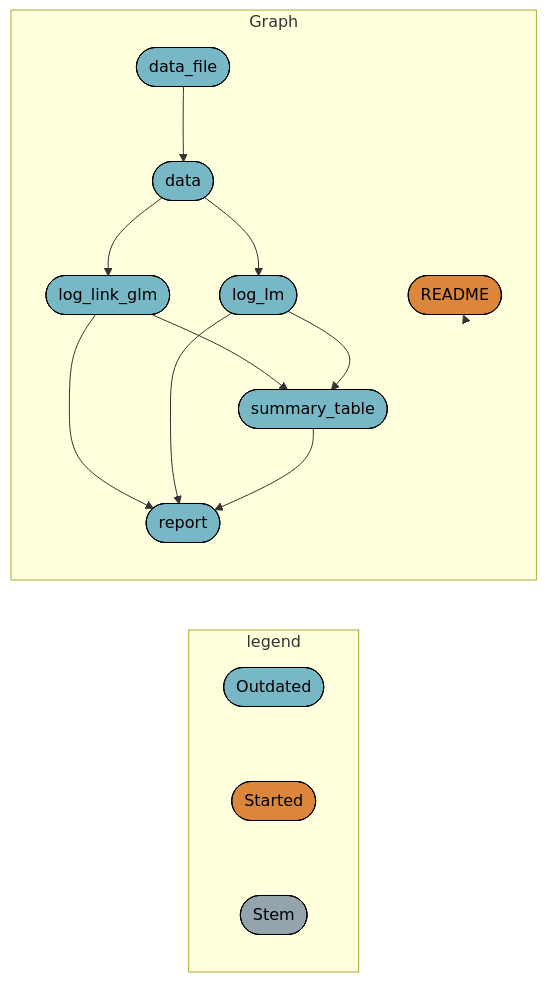
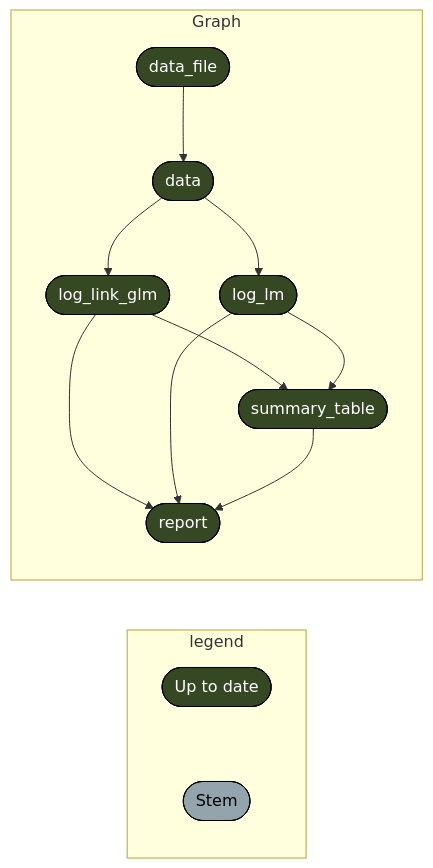
The diagram in README.md (cct-datascience/targets-demo), drawn with Mermaid before and after one commit.

Commit message:
render readme

````diff
--- a/README.md
+++ b/README.md
@@ -24,24 +24,19 @@
 ``` mermaid
 graph LR
   subgraph legend
-    x0a52b03877696646([""Outdated""]):::outdated --- x5b3426b4c7fa7dbc([""Started""]):::started
-    x5b3426b4c7fa7dbc([""Started""]):::started --- xbf4603d6c2c2ad6b([""Stem""]):::none
+    x7420bd9270f8d27d([""Up to date""]):::uptodate --- xbf4603d6c2c2ad6b([""Stem""]):::none
   end
   subgraph Graph
-    x5c3cf6a62d99a036(["log_link_glm"]):::outdated --> x1aa14e4024bffa08(["summary_table"]):::outdated
-    x5f659d069b8ddeae(["log_lm"]):::outdated --> x1aa14e4024bffa08(["summary_table"]):::outdated
-    xb7119b48552d1da3(["data"]):::outdated --> x5c3cf6a62d99a036(["log_link_glm"]):::outdated
-    xb7119b48552d1da3(["data"]):::outdated --> x5f659d069b8ddeae(["log_lm"]):::outdated
-    x5c3cf6a62d99a036(["log_link_glm"]):::outdated --> xe0fba61fbc506510(["report"]):::outdated
-    x5f659d069b8ddeae(["log_lm"]):::outdated --> xe0fba61fbc506510(["report"]):::outdated
-    x1aa14e4024bffa08(["summary_table"]):::outdated --> xe0fba61fbc506510(["report"]):::outdated
-    x9902c3bf9eac92fd(["data_file"]):::outdated --> xb7119b48552d1da3(["data"]):::outdated
-    x793b57f9be3e25d5(["README"]):::started --> x793b57f9be3e25d5(["README"]):::started
+    x5c3cf6a62d99a036(["log_link_glm"]):::uptodate --> x1aa14e4024bffa08(["summary_table"]):::uptodate
+    x5f659d069b8ddeae(["log_lm"]):::uptodate --> x1aa14e4024bffa08(["summary_table"]):::uptodate
+    xb7119b48552d1da3(["data"]):::uptodate --> x5c3cf6a62d99a036(["log_link_glm"]):::uptodate
+    xb7119b48552d1da3(["data"]):::uptodate --> x5f659d069b8ddeae(["log_lm"]):::uptodate
+    x5c3cf6a62d99a036(["log_link_glm"]):::uptodate --> xe0fba61fbc506510(["report"]):::uptodate
+    x5f659d069b8ddeae(["log_lm"]):::uptodate --> xe0fba61fbc506510(["report"]):::uptodate
+    x1aa14e4024bffa08(["summary_table"]):::uptodate --> xe0fba61fbc506510(["report"]):::uptodate
+    x9902c3bf9eac92fd(["data_file"]):::uptodate --> xb7119b48552d1da3(["data"]):::uptodate
   end
-  classDef outdated stroke:#000000,color:#000000,fill:#78B7C5;
-  classDef started stroke:#000000,color:#000000,fill:#DC863B;
+  classDef uptodate stroke:#000000,color:#ffffff,fill:#354823;
   classDef none stroke:#000000,color:#000000,fill:#94a4ac;
   linkStyle 0 stroke-width:0px;
-  linkStyle 1 stroke-width:0px;
-  linkStyle 10 stroke-width:0px;
 ```
````
